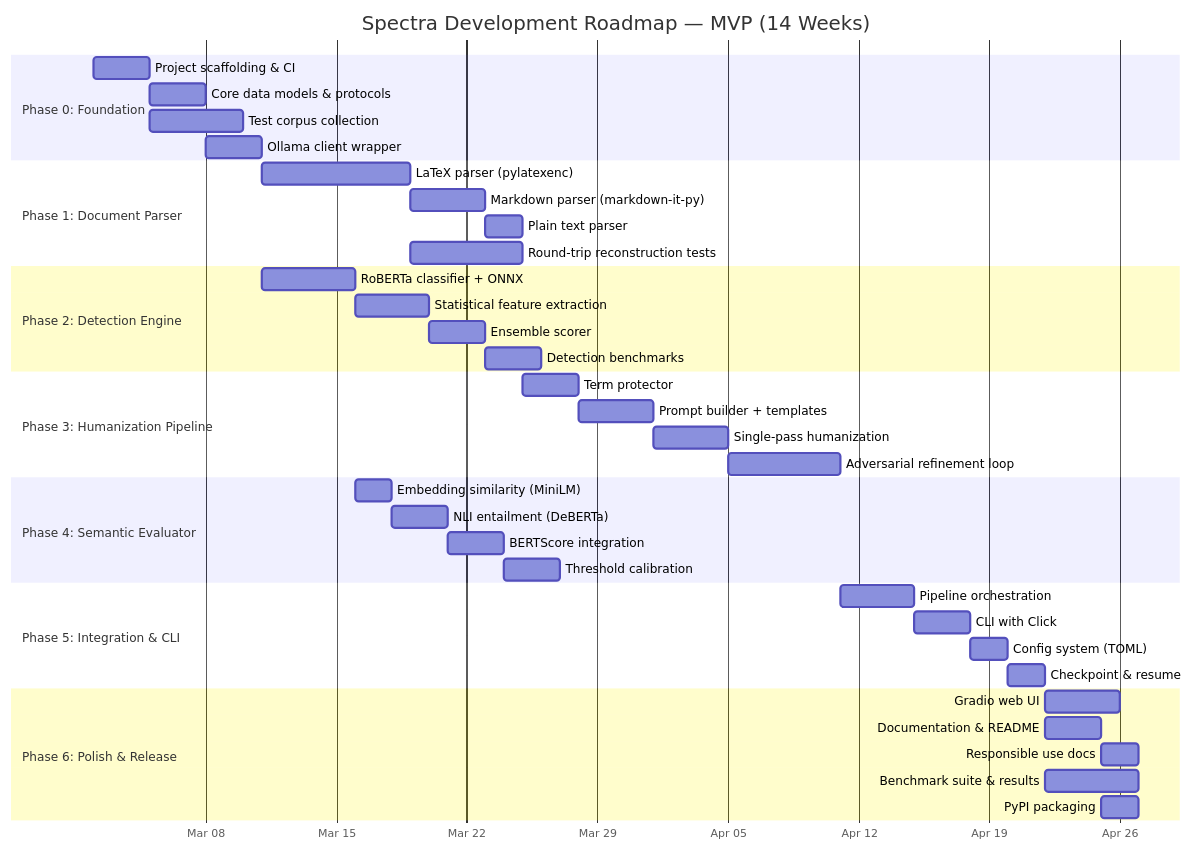
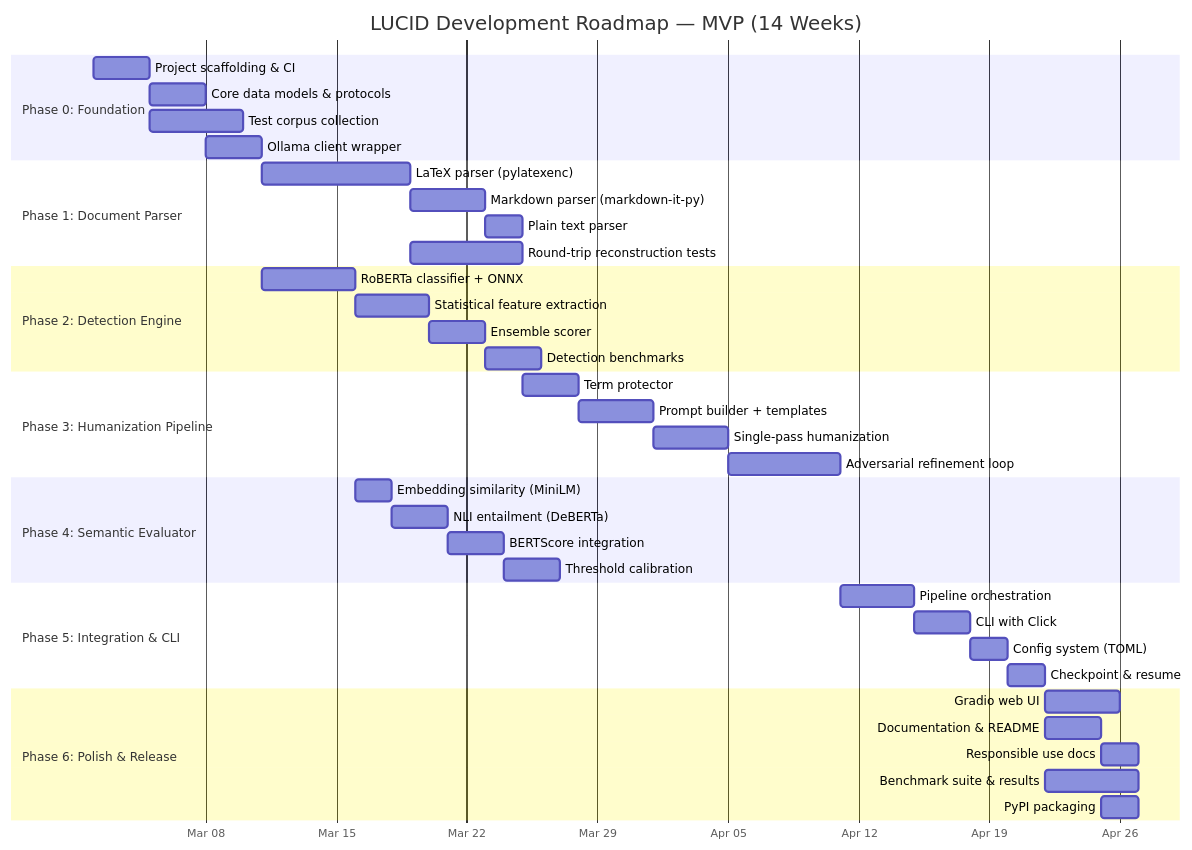
One commit to Mathews-Tom/LUCID changed the first of 2 diagrams in docs/development-roadmap.md. Above: the diagram before and after it, drawn with Mermaid. The commit also changed other lines of this file and 1 other file, not shown here.

First line of the commit message:
docs(readme): add project README and update roadmap status

````diff
--- a/docs/development-roadmap.md
+++ b/docs/development-roadmap.md
@@ -15,49 +15,49 @@
 ```mermaid
 gantt
-    title Spectra Development Roadmap — MVP (14 Weeks)
+    title LUCID Development Roadmap — MVP (14 Weeks)
     dateFormat  YYYY-MM-DD
     axisFormat  %b %d
 
     section Phase 0: Foundation
     Project scaffolding & CI        :p0a, 2026-03-02, 3d
     Core data models & protocols    :p0b, after p0a, 3d
     Test corpus collection          :p0c, after p0a, 5d
     Ollama client wrapper           :p0d, after p0b, 3d
 
     section Phase 1: Document Parser
     LaTeX parser (pylatexenc)       :p1a, after p0d, 8d
     Markdown parser (markdown-it-py):p1b, after p1a, 4d
     Plain text parser               :p1c, after p1b, 2d
     Round-trip reconstruction tests :p1d, after p1a, 6d
 
     section Phase 2: Detection Engine
     RoBERTa classifier + ONNX      :p2a, after p0d, 5d
     Statistical feature extraction  :p2b, after p2a, 4d
     Ensemble scorer                 :p2c, after p2b, 3d
     Detection benchmarks            :p2d, after p2c, 3d
 
     section Phase 3: Humanization Pipeline
     Term protector                  :p3a, after p1d, 3d
     Prompt builder + templates      :p3b, after p3a, 4d
     Single-pass humanization        :p3c, after p3b, 4d
     Adversarial refinement loop     :p3d, after p3c, 6d
 
     section Phase 4: Semantic Evaluator
     Embedding similarity (MiniLM)   :p4a, after p2a, 2d
     NLI entailment (DeBERTa)        :p4b, after p4a, 3d
     BERTScore integration           :p4c, after p4b, 3d
     Threshold calibration           :p4d, after p4c, 3d
 
     section Phase 5: Integration & CLI
     Pipeline orchestration          :p5a, after p3d, 4d
     CLI with Click                  :p5b, after p5a, 3d
     Config system (TOML)            :p5c, after p5b, 2d
     Checkpoint & resume             :p5d, after p5c, 2d
 
     section Phase 6: Polish & Release
     Gradio web UI                   :p6a, after p5d, 4d
     Documentation & README          :p6b, after p5d, 3d
     Responsible use docs            :p6c, after p6b, 2d
     Benchmark suite & results       :p6d, after p5d, 5d
     PyPI packaging                  :p6e, after p6b, 2d
 ```
````
